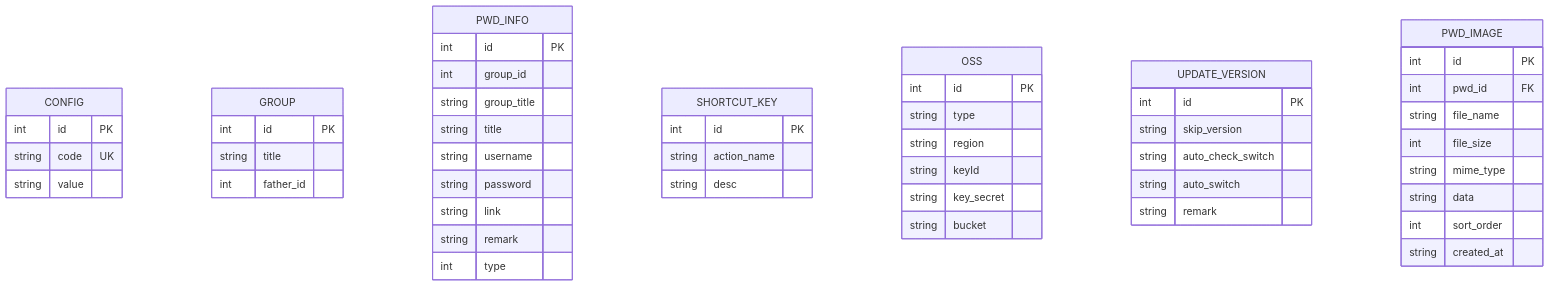
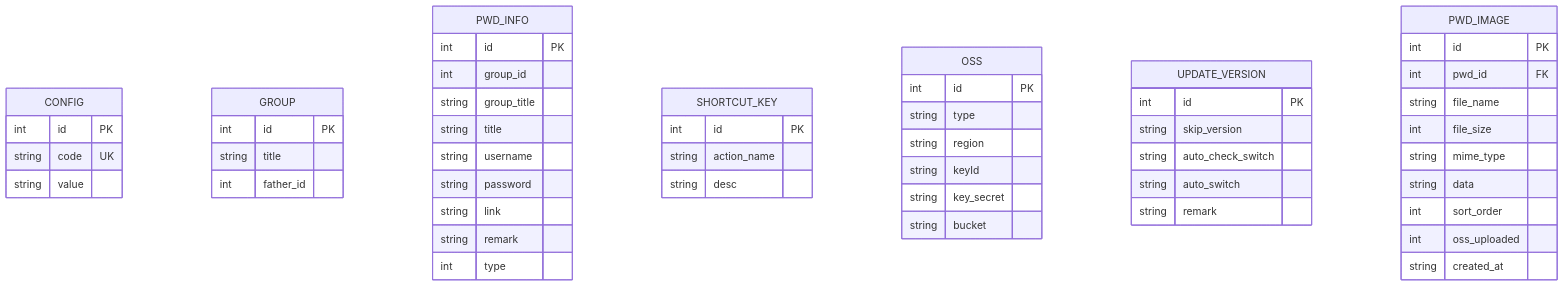
One commit to scgithub3220216/password-manager changed the fifth of 5 diagrams in .qoder/repowiki/zh/content/架构设计/数据库层架构/Mapper层设计/Mapper层设计.md. Above: the diagram before and after it, drawn with Mermaid. The commit also changed other lines of this file and 23 other files, not shown here.

First line of the commit message:
feat(sync): 完善图像数据同步架构与处理逻辑

````diff
--- a/.qoder/repowiki/zh/content/架构设计/数据库层架构/Mapper层设计/Mapper层设计.md
+++ b/.qoder/repowiki/zh/content/架构设计/数据库层架构/Mapper层设计/Mapper层设计.md
@@ -508,54 +529,55 @@
 ```mermaid
 erDiagram
 CONFIG {
 int id PK
 string code UK
 string value
 }
 GROUP {
 int id PK
 string title
 int father_id
 }
 PWD_INFO {
 int id PK
 int group_id
 string group_title
 string title
 string username
 string password
 string link
 string remark
 int type
 }
 SHORTCUT_KEY {
 int id PK
 string action_name
 string desc
 }
 OSS {
 int id PK
 string type
 string region
 string keyId
 string key_secret
 string bucket
 }
 UPDATE_VERSION {
 int id PK
 string skip_version
 string auto_check_switch
 string auto_switch
 string remark
 }
 PWD_IMAGE {
 int id PK
 int pwd_id FK
 string file_name
 int file_size
 string mime_type
 string data
 int sort_order
+int oss_uploaded
 string created_at
 }
 ```
````
